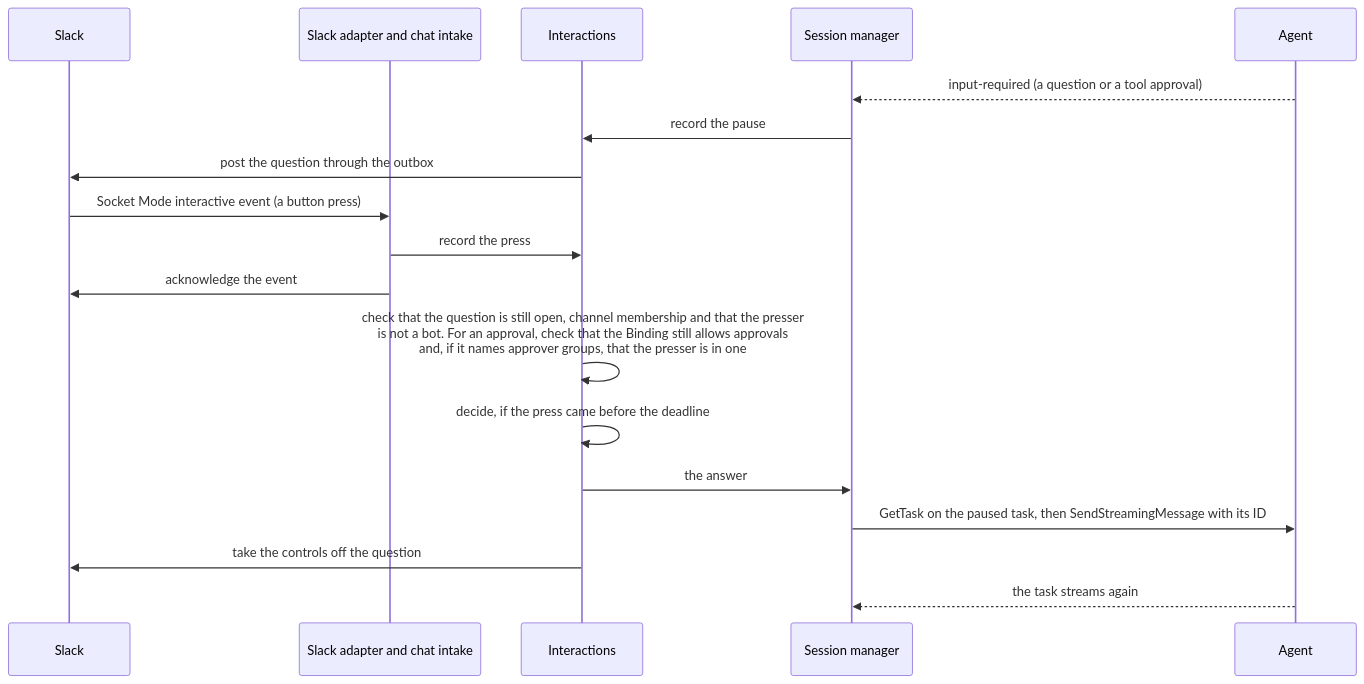
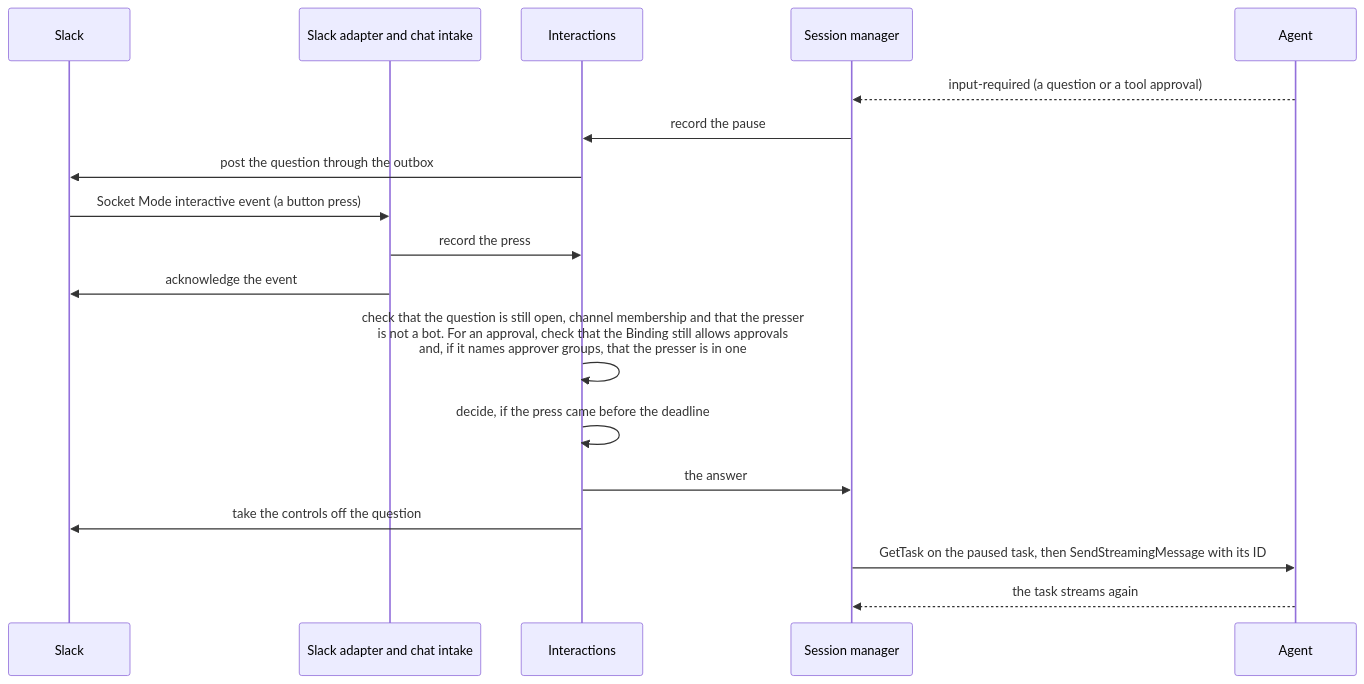
Before and after one commit to agentkourier/agent-kourier: the fifth of 5 diagrams in docs/explanation/architecture.md, drawn with Mermaid. The commit also changed other lines of this file, not shown here.

First line of the commit message:
docs(architecture): fix the second review round's findings

````diff
--- a/docs/explanation/architecture.md
+++ b/docs/explanation/architecture.md
@@ -171,20 +171,20 @@
 ```mermaid
 sequenceDiagram
     participant S as Slack
     participant A as Slack adapter and chat intake
     participant I as Interactions
     participant M as Session manager
     participant G as Agent
     G-->>M: input-required (a question or a tool approval)
     M->>I: record the pause
     I->>S: post the question through the outbox
     S->>A: Socket Mode interactive event (a button press)
     A->>I: record the press
     A->>S: acknowledge the event
     I->>I: check that the question is still open, channel membership and that the presser<br/>is not a bot. For an approval, check that the Binding still allows approvals<br/>and, if it names approver groups, that the presser is in one
     I->>I: decide, if the press came before the deadline
     I->>M: the answer
+    I->>S: take the controls off the question
     M->>G: GetTask on the paused task, then SendStreamingMessage with its ID
-    I->>S: take the controls off the question
     G-->>M: the task streams again
 ```
````
